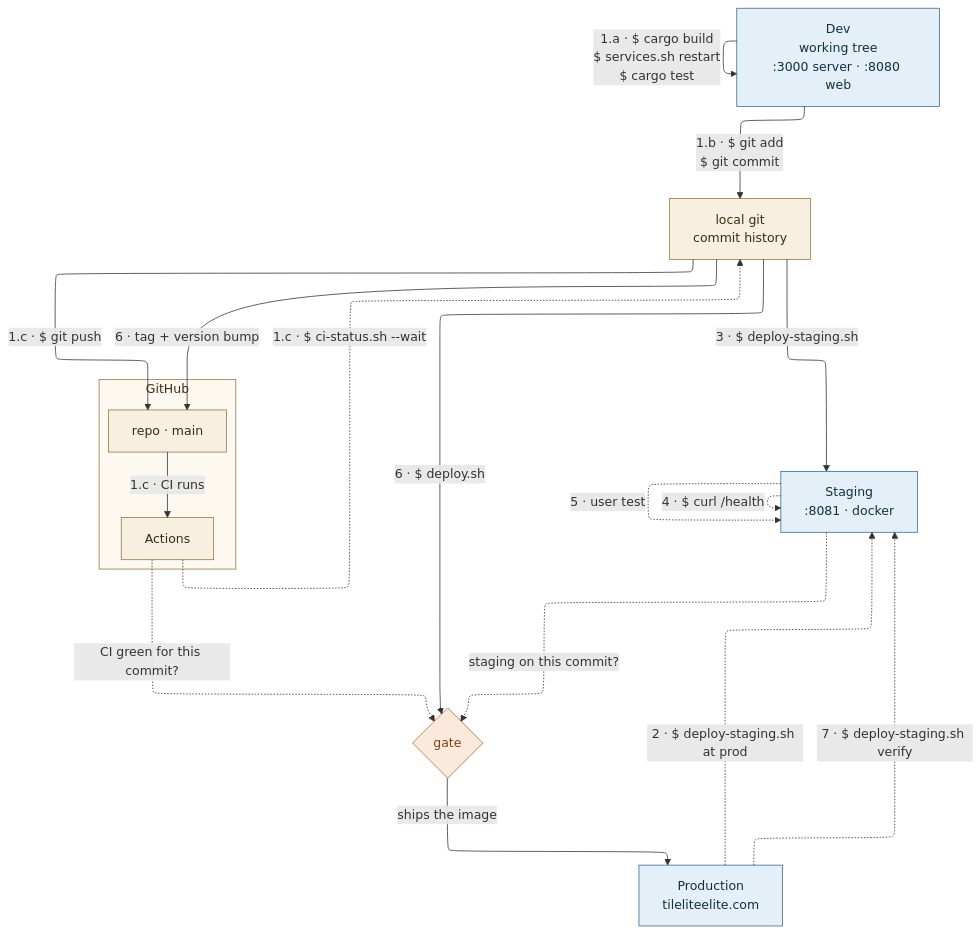
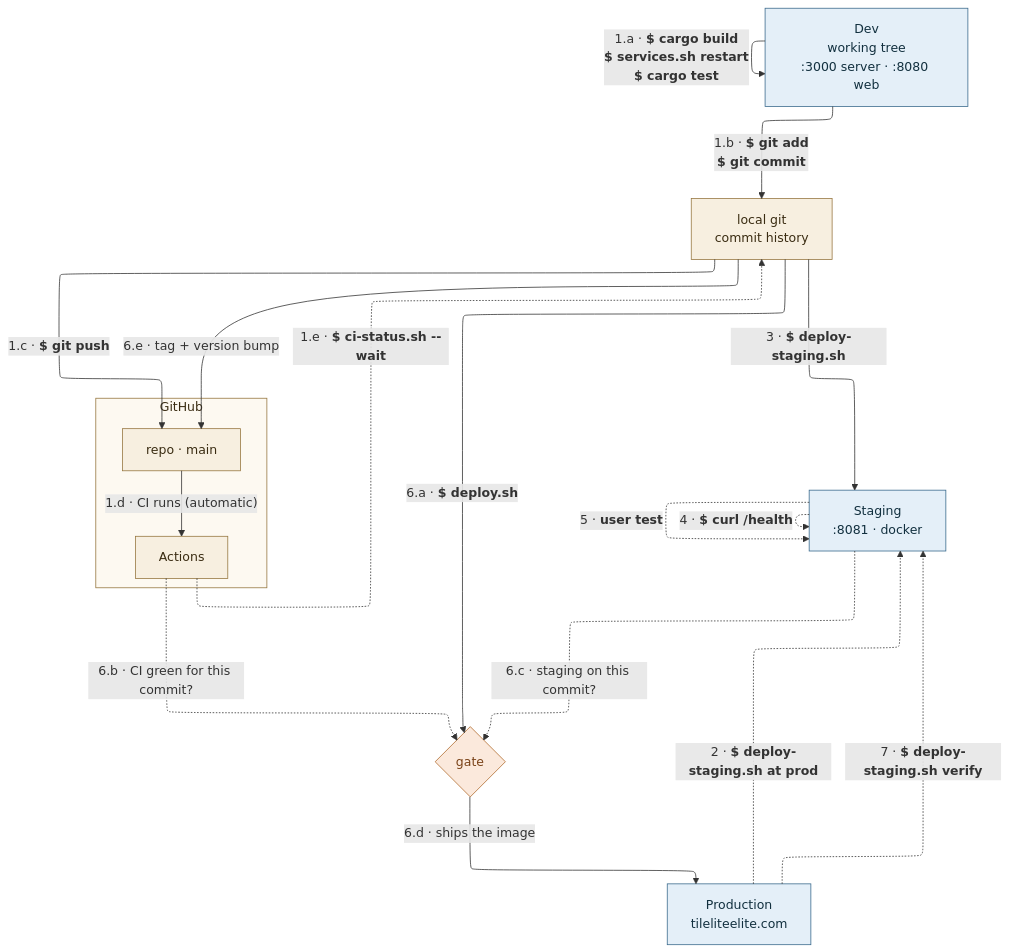
One commit to SteveStyle/scrabble-px changed the diagram in docs/diagrams/release-flow.mmd. Above: the diagram before and after it, drawn with Mermaid. The commit also changed 8 other files, not shown here.

First line of the commit message:
app 0.4.14 api 2.6: number every arrow, and bold the actions

```diff
--- a/docs/diagrams/release-flow.mmd
+++ b/docs/diagrams/release-flow.mmd
@@ -1,61 +1,74 @@
 ---
 config:
   layout: elk
   elk:
     nodePlacementStrategy: BRANDES_KOEPF
 ---
 flowchart TB
     %% Line language, applied consistently:
     %%   -->    code moves, in the direction it moves
     %%   -.->   an answer comes back — a query, nothing shipped
+    %% Bold is an action somebody takes; normal weight is something that
+    %% happens on its own or a question being asked. Bold comes from
+    %% mermaid markdown strings (backtick-quoted labels) rather than <b>,
+    %% which leaks literally while htmlLabels is false.
+    %% .
+    %% Every arrow is numbered, in the order events happen, so the whole
+    %% sequence can be followed by reading the numbers. A letter suffix
+    %% breaks one runbook step into its ordered parts — 1.a-1.e are things
+    %% you do, 6.a-6.e are what one command does on your behalf.
+    %% .
     %%   {  }   a decision on an action arrow — the action stops here and
     %%          is tested before it continues. Checks feed into it.
     %% .
     %% .
     %% The gate is a decision on the *action*, not a property of production:
     %% it happens inside deploy.sh, before anything ships, and the two
     %% checks are inputs to it. Drawing it as arrows into Production implied
     %% a relationship between Actions and Production that does not exist.
     %% .
     %% No linkStyle anywhere: the shapes carry the meaning. Edge indices
     %% silently pointed at the wrong arrows four times when they did.
     DEV["Dev<br/>working tree<br/>:3000 server · :8080 web"]
     STG["Staging<br/>:8081 · docker"]
     PROD["Production<br/>tileliteelite.com"]
     LG["local git<br/>commit history"]
     subgraph GH["GitHub"]
         REPO["repo · main"]
         ACT["Actions"]
     end
 
 
     DEV ~~~ STG
     STG ~~~ GATE
     %% Without this, ELK floats Production up beside Staging and "ships the
     %% image" points upward. Pinning it after Staging puts the environments
     %% in descending order and the deploy flow downward through the gate.
     STG ~~~ PROD
 
-    DEV -->|"1.a · $ cargo build<br/>$ services.sh restart<br/>$ cargo test"| DEV
-    DEV -->|"1.b · $ git add<br/>$ git commit"| LG
-    LG -->|"1.c · $ git push"| REPO
-    REPO -->|"1.c · CI runs"| ACT
-    ACT -.->|"1.c · $ ci-status.sh --wait"| LG
-    PROD -.->|"2 · $ deploy-staging.sh at prod"| STG
-    LG -->|"3 · $ deploy-staging.sh"| STG
-    STG -.->|"4 · $ curl /health"| STG
-    STG -.->|"5 · user test"| STG
-    LG -->|"6 · $ deploy.sh"| GATE{"gate"}
-    GATE -->|"ships the image"| PROD
-    ACT -.->|"CI green for this commit?"| GATE
-    STG -.->|"staging on this commit?"| GATE
-    LG -->|"6 · tag + version bump"| REPO
-    PROD -.->|"7 · $ deploy-staging.sh verify"| STG
+    DEV -->|"`1.a · **$ cargo build**
+**$ services.sh restart**
+**$ cargo test**`"| DEV
+    DEV -->|"`1.b · **$ git add**
+**$ git commit**`"| LG
+    LG -->|"`1.c · **$ git push**`"| REPO
+    REPO -->|"1.d · CI runs (automatic)"| ACT
+    ACT -.->|"`1.e · **$ ci-status.sh --wait**`"| LG
+    PROD -.->|"`2 · **$ deploy-staging.sh at prod**`"| STG
+    LG -->|"`3 · **$ deploy-staging.sh**`"| STG
+    STG -.->|"`4 · **$ curl /health**`"| STG
+    STG -.->|"`5 · **user test**`"| STG
+    LG -->|"`6.a · **$ deploy.sh**`"| GATE{"gate"}
+    GATE -->|"6.d · ships the image"| PROD
+    ACT -.->|"6.b · CI green for this commit?"| GATE
+    STG -.->|"6.c · staging on this commit?"| GATE
+    LG -->|"6.e · tag + version bump"| REPO
+    PROD -.->|"`7 · **$ deploy-staging.sh verify**`"| STG
 
     classDef gate fill:#fbe9dc,stroke:#b06a2c,color:#7a4318
     classDef env fill:#e4eff8,stroke:#39698c,color:#12303f
     classDef repo fill:#f7efe0,stroke:#96763f,color:#3a2c12
     class DEV,STG,PROD env
     class LG,REPO,ACT repo
     class GATE gate
     style GH fill:#fdf9f1,stroke:#96763f,color:#3a2c12
```
